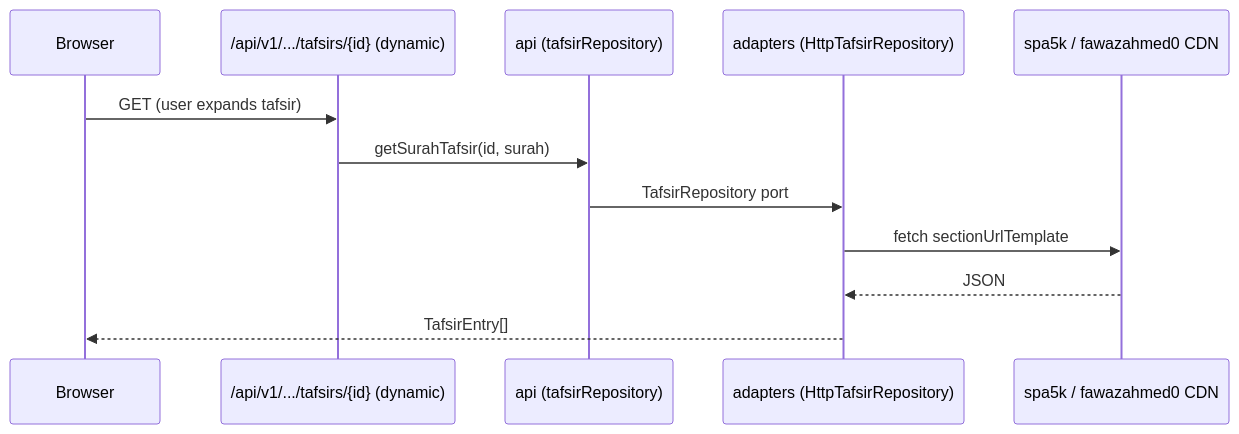
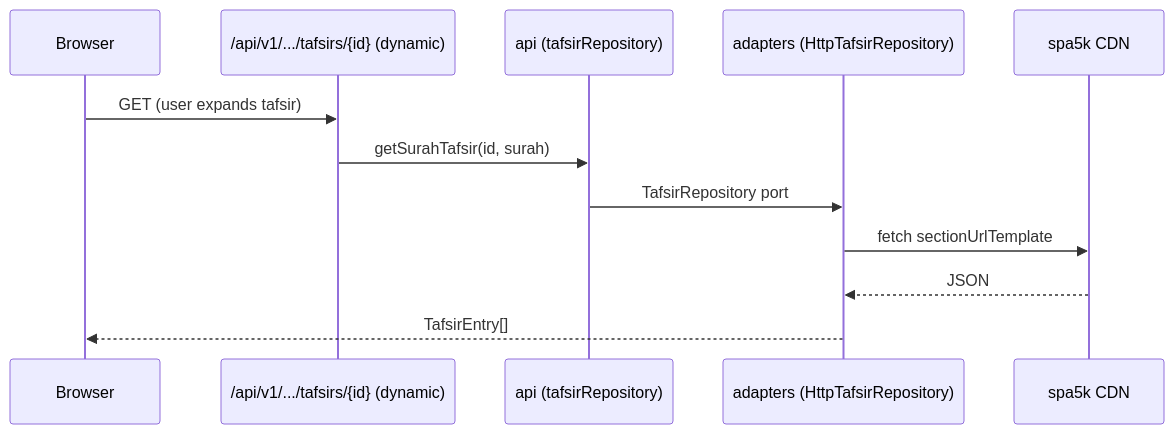
One commit to UmmahLibrary/ummah-library changed the third of 4 diagrams in ARCHITECTURE.md. Above: the diagram before and after it, drawn with Mermaid. The commit also changed other lines of this file and 6 other files, not shown here.

````diff
--- a/ARCHITECTURE.md
+++ b/ARCHITECTURE.md
@@ -106,14 +114,14 @@
 ```mermaid
 sequenceDiagram
   participant U as Browser
   participant R as /api/v1/.../tafsirs/{id} (dynamic)
   participant api as api (tafsirRepository)
   participant ad as adapters (HttpTafsirRepository)
-  participant CDN as spa5k / fawazahmed0 CDN
+  participant CDN as spa5k CDN
   U->>R: GET (user expands tafsir)
   R->>api: getSurahTafsir(id, surah)
   api->>ad: TafsirRepository port
   ad->>CDN: fetch sectionUrlTemplate
   CDN-->>ad: JSON
   ad-->>U: TafsirEntry[]
 ```
````
